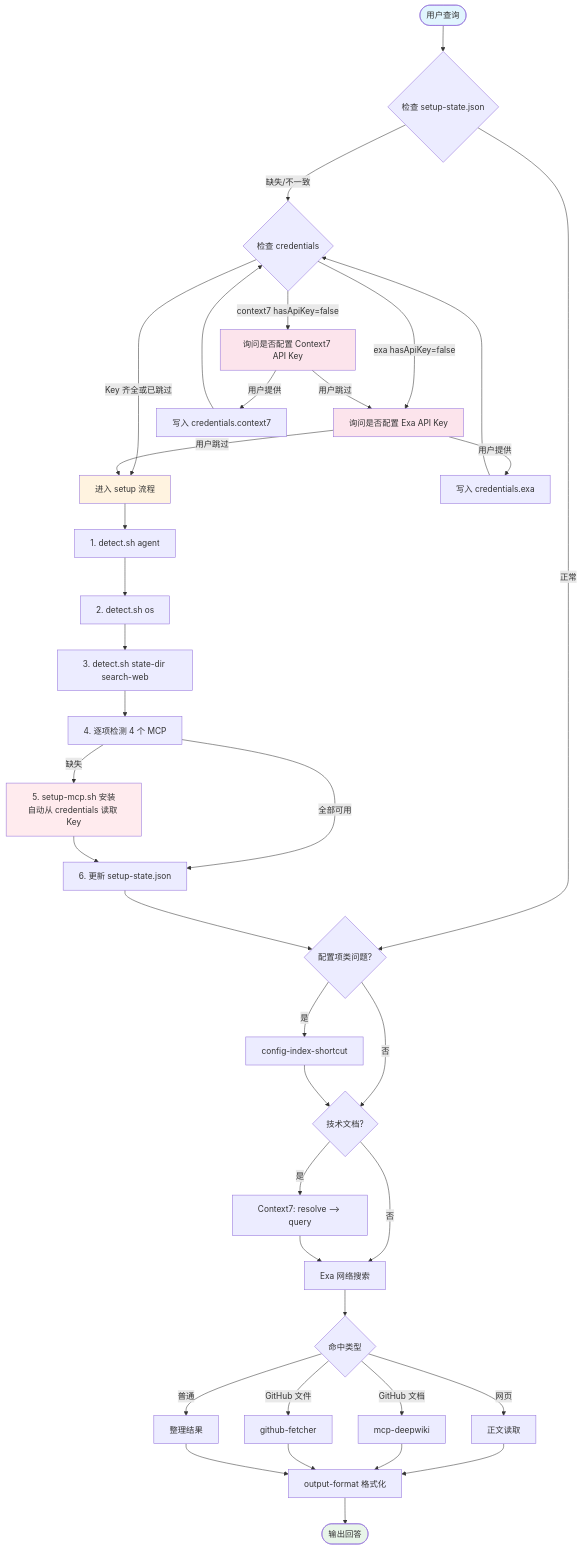
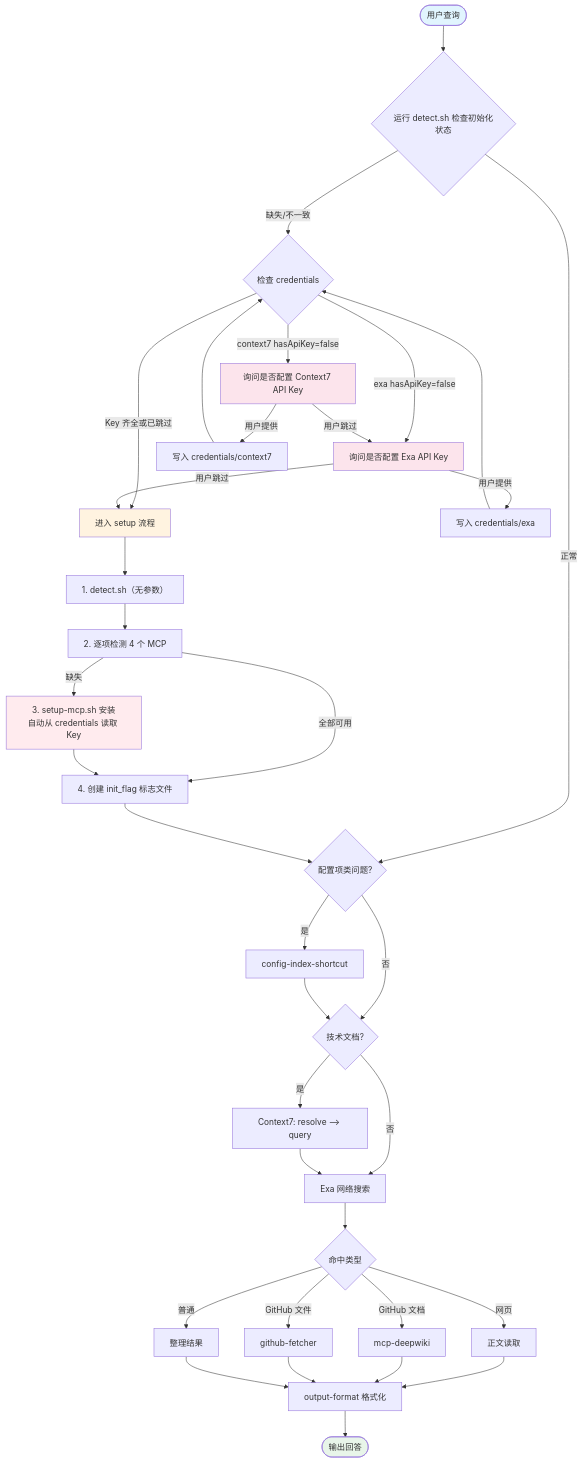
Before and after one commit to karthrand/karthrand-ai-public: the diagram in skills/search-web/README.md, drawn with Mermaid. The commit also changed other lines of this file and 3 other files, not shown here.

Commit message:
♻️ refactor: 清除 search-web 全量过时表述，统一 detect.sh 无参数调用、平面 credentials、实际 MCP 工具名

````diff
--- a/skills/search-web/README.md
+++ b/skills/search-web/README.md
@@ -30,51 +30,49 @@
 ```mermaid
 flowchart TD
-    Start([用户查询]) --> CheckState{检查 setup-state.json}
+    Start([用户查询]) --> CheckState{运行 detect.sh 检查初始化状态}
     CheckState -->|缺失/不一致| CheckCreds{检查 credentials}
     CheckState -->|正常| ConfigCheck{配置项类问题?}
 
     CheckCreds -->|context7 hasApiKey=false| AskC7[询问是否配置 Context7 API Key]
     CheckCreds -->|exa hasApiKey=false| AskExa[询问是否配置 Exa API Key]
     CheckCreds -->|Key 齐全或已跳过| Setup[进入 setup 流程]
-    AskC7 -->|用户提供| SaveC7Key[写入 credentials.context7]
+    AskC7 -->|用户提供| SaveC7Key[写入 credentials/context7]
     AskC7 -->|用户跳过| AskExa
-    AskExa -->|用户提供| SaveExaKey[写入 credentials.exa]
+    AskExa -->|用户提供| SaveExaKey[写入 credentials/exa]
     AskExa -->|用户跳过| Setup
     SaveC7Key --> CheckCreds
     SaveExaKey --> CheckCreds
 
-    Setup --> DetectAgent[1. detect.sh agent]
-    DetectAgent --> DetectOS[2. detect.sh os]
-    DetectOS --> StateDir[3. detect.sh state-dir search-web]
-    StateDir --> CheckMCP[4. 逐项检测 4 个 MCP]
-    CheckMCP -->|缺失| InstallMCP[5. setup-mcp.sh 安装<br/>自动从 credentials 读取 Key]
-    CheckMCP -->|全部可用| WriteState[6. 更新 setup-state.json]
+    Setup --> Detect[1. detect.sh（无参数）]
+    Detect --> CheckMCP[2. 逐项检测 4 个 MCP]
+    CheckMCP -->|缺失| InstallMCP[3. setup-mcp.sh 安装<br/>自动从 credentials 读取 Key]
+    CheckMCP -->|全部可用| WriteState[4. 创建 init_flag 标志文件]
     InstallMCP --> WriteState
     WriteState --> ConfigCheck
 
     ConfigCheck -->|是| ConfigStrategy[config-index-shortcut]
     ConfigCheck -->|否| C7Check{技术文档?}
     ConfigStrategy --> C7Check
 
     C7Check -->|是| C7[Context7: resolve --> query]
     C7Check -->|否| Exa[Exa 网络搜索]
     C7 --> Exa
     Exa --> ResultType{命中类型}
     ResultType -->|网页| WebRead[正文读取]
     ResultType -->|GitHub 文档| DeepWiki[mcp-deepwiki]
     ResultType -->|GitHub 文件| GHFetcher[github-fetcher]
     ResultType -->|普通| Collect[整理结果]
 
     WebRead --> Format[output-format 格式化]
     DeepWiki --> Format
     GHFetcher --> Format
     Collect --> Format
     Format --> Output([输出回答])
 
     style Start fill:#e1f5fe
     style Output fill:#e8f5e9
     style Setup fill:#fff3e0
     style InstallMCP fill:#ffebee
     style AskC7 fill:#fce4ec
     style AskExa fill:#fce4ec
 ```
````
